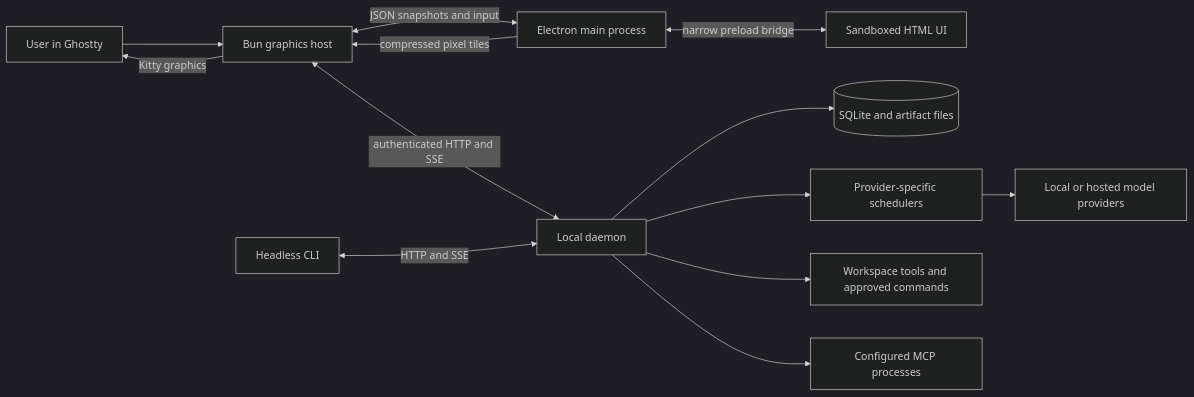
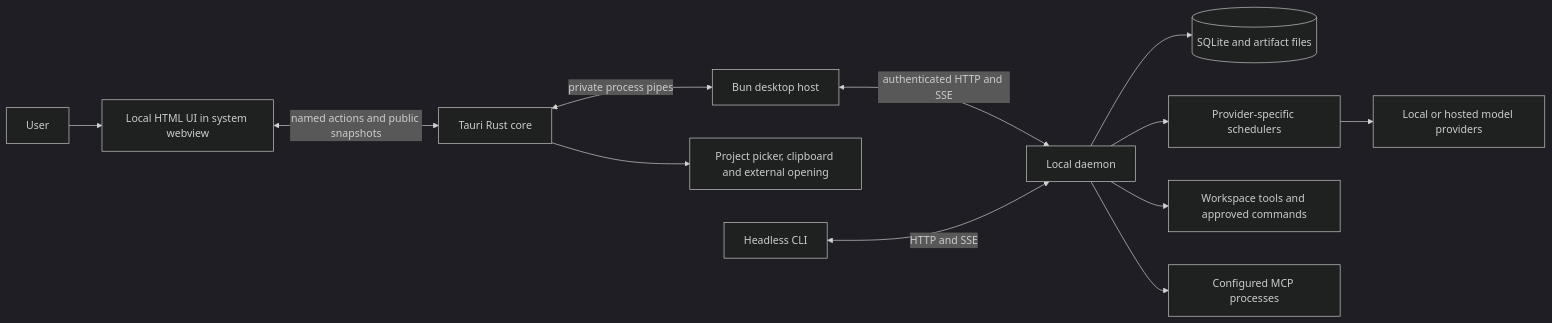
One commit to Shingi-Michael/demesne-cli changed the first of 3 diagrams in docs/architecture.md. Above: the diagram before and after it, drawn with Mermaid (dark theme). The commit also changed other lines of this file and 95 other files, not shown here.

First line of the commit message:
Retire the Ghostty interface: the desktop window is demesne's UI (#160)

````diff
--- a/docs/architecture.md
+++ b/docs/architecture.md
@@ -7,15 +7,14 @@
 ```mermaid
 flowchart LR
-    Person[User in Ghostty] --> Host[Bun graphics host]
-    Host <-->|JSON snapshots and input| Electron[Electron main process]
-    Electron <-->|narrow preload bridge| Page[Sandboxed HTML UI]
-    Electron -->|compressed pixel tiles| Host
-    Host -->|Kitty graphics| Person
+    Person[User] --> Page[Local HTML UI in system webview]
+    Page <-->|named actions and public snapshots| Rust[Tauri Rust core]
+    Rust <-->|private process pipes| Host[Bun desktop host]
+    Rust --> Native[Project picker, clipboard and external opening]
     Host <-->|authenticated HTTP and SSE| Daemon[Local daemon]
     CLI[Headless CLI] <-->|HTTP and SSE| Daemon
     Daemon --> Store[(SQLite and artifact files)]
     Daemon --> Slots[Provider-specific schedulers]
     Slots --> Models[Local or hosted model providers]
     Daemon --> Tools[Workspace tools and approved commands]
     Daemon --> MCP[Configured MCP processes]
 ```
````
